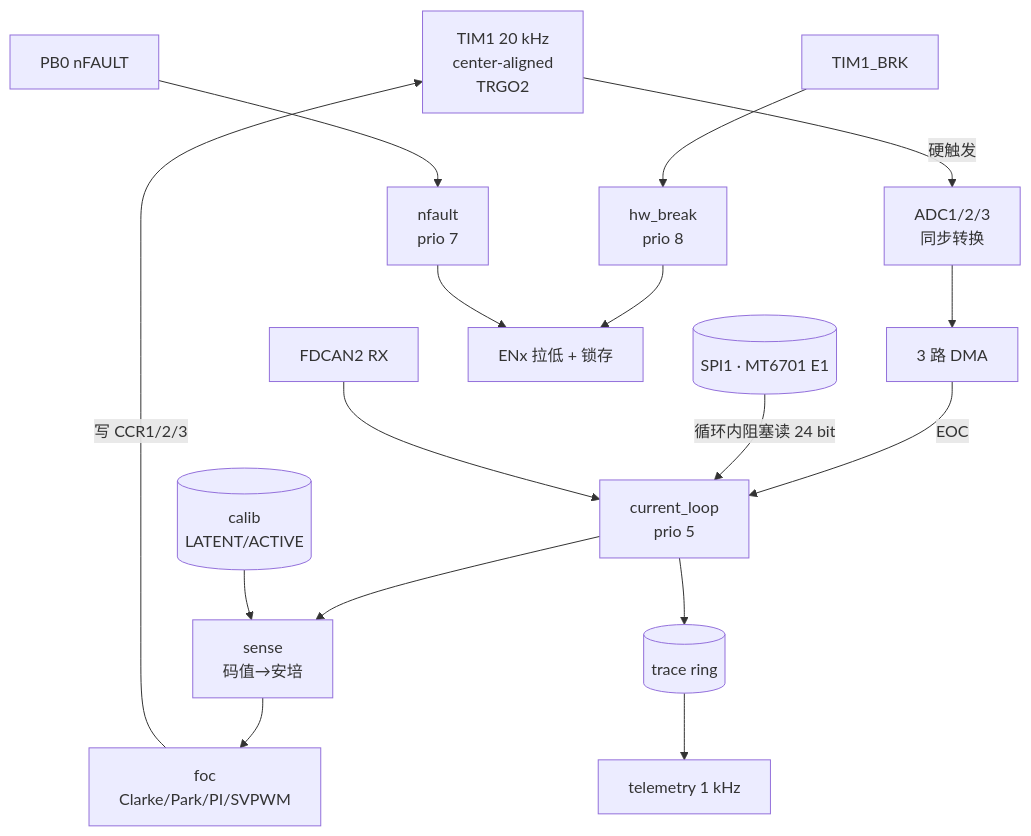
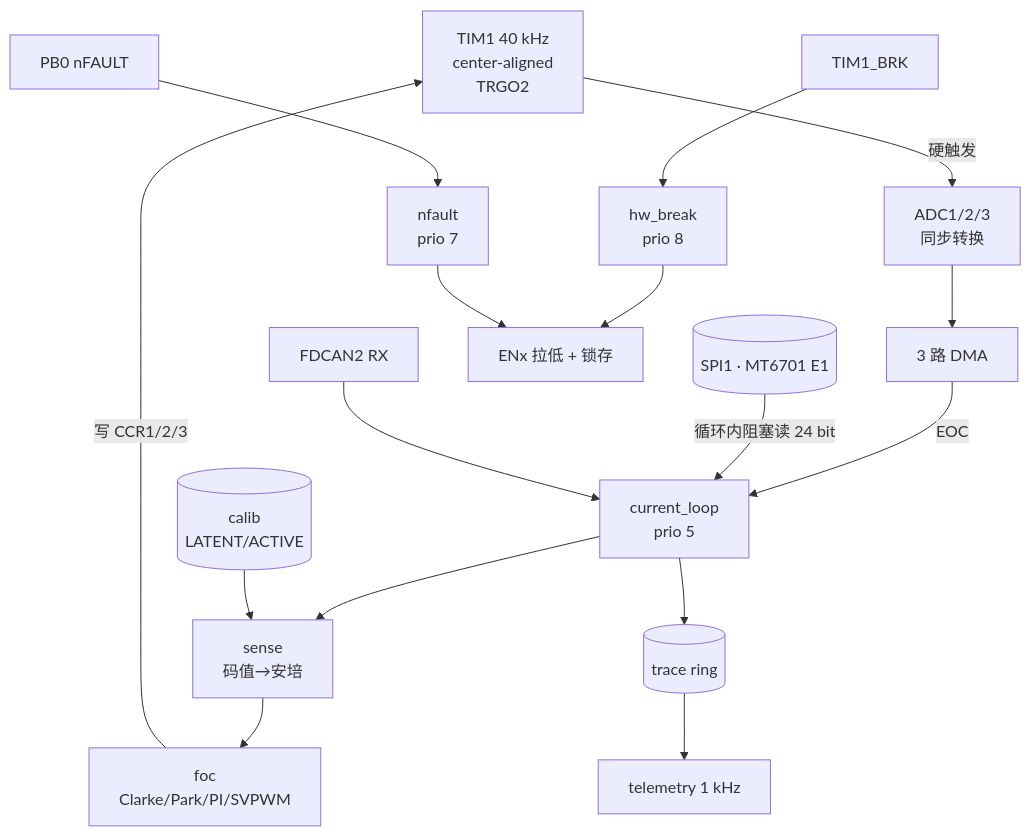
Before and after one commit to K12231217/mit-motor: the diagram in docs/architecture.md, drawn with Mermaid. The commit also changed other lines of this file and 16 other files, not shown here.

````diff
--- a/docs/architecture.md
+++ b/docs/architecture.md
@@ -117,18 +117,18 @@
 ```mermaid
 flowchart TD
-    T1[TIM1 20 kHz<br/>center-aligned<br/>TRGO2] -->|硬触发| ADC[ADC1/2/3<br/>同步转换]
+    T1[TIM1 40 kHz<br/>center-aligned<br/>TRGO2] -->|硬触发| ADC[ADC1/2/3<br/>同步转换]
     ADC --> DMA[3 路 DMA]
     DMA -->|EOC| LOOP[current_loop<br/>prio 5]
     SPI[(SPI1 · MT6701 E1)] -->|循环内阻塞读 24 bit| LOOP
     LOOP --> SENSE[sense<br/>码值→安培]
     CAL[(calib<br/>LATENT/ACTIVE)] --> SENSE
     SENSE --> FOC[foc<br/>Clarke/Park/PI/SVPWM]
     FOC -->|写 CCR1/2/3| T1
     BRK[TIM1_BRK] --> SAFE[hw_break<br/>prio 8]
     NF[PB0 nFAULT] --> SAFE2[nfault<br/>prio 7]
     SAFE --> EN[ENx 拉低 + 锁存]
     SAFE2 --> EN
     CAN[FDCAN2 RX] --> LOOP
     LOOP --> TRACE[(trace ring)]
     TRACE --> UP[telemetry 1 kHz]
 ```
````
